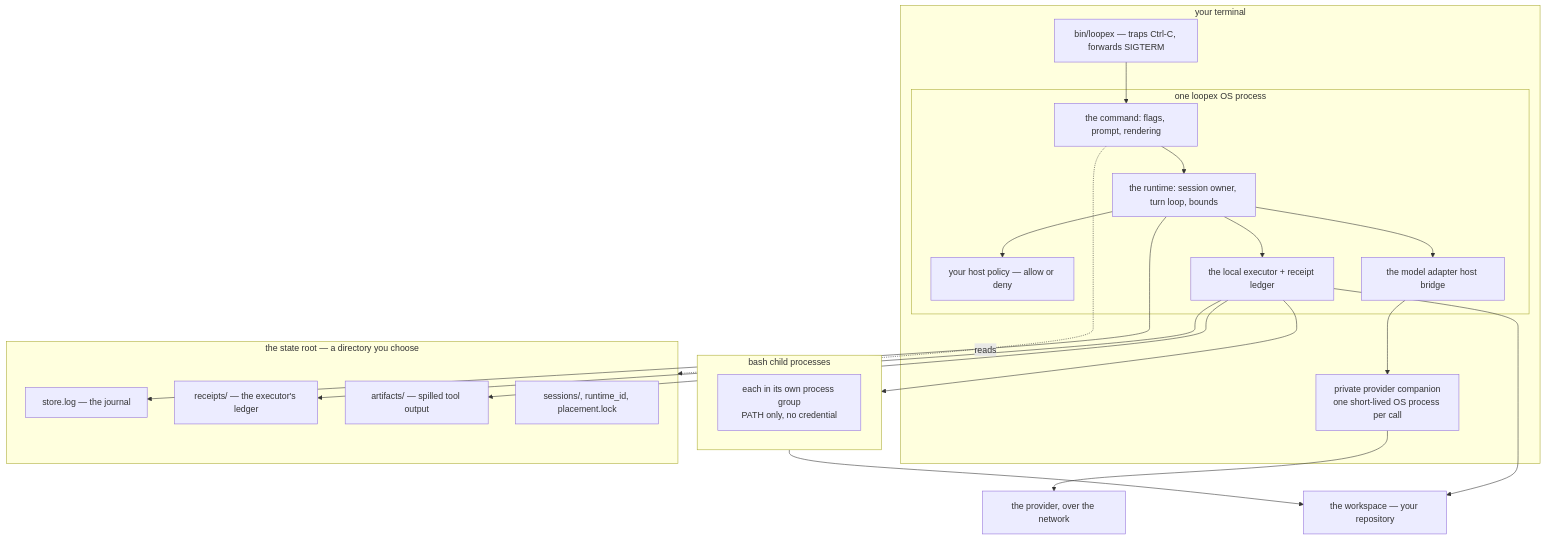
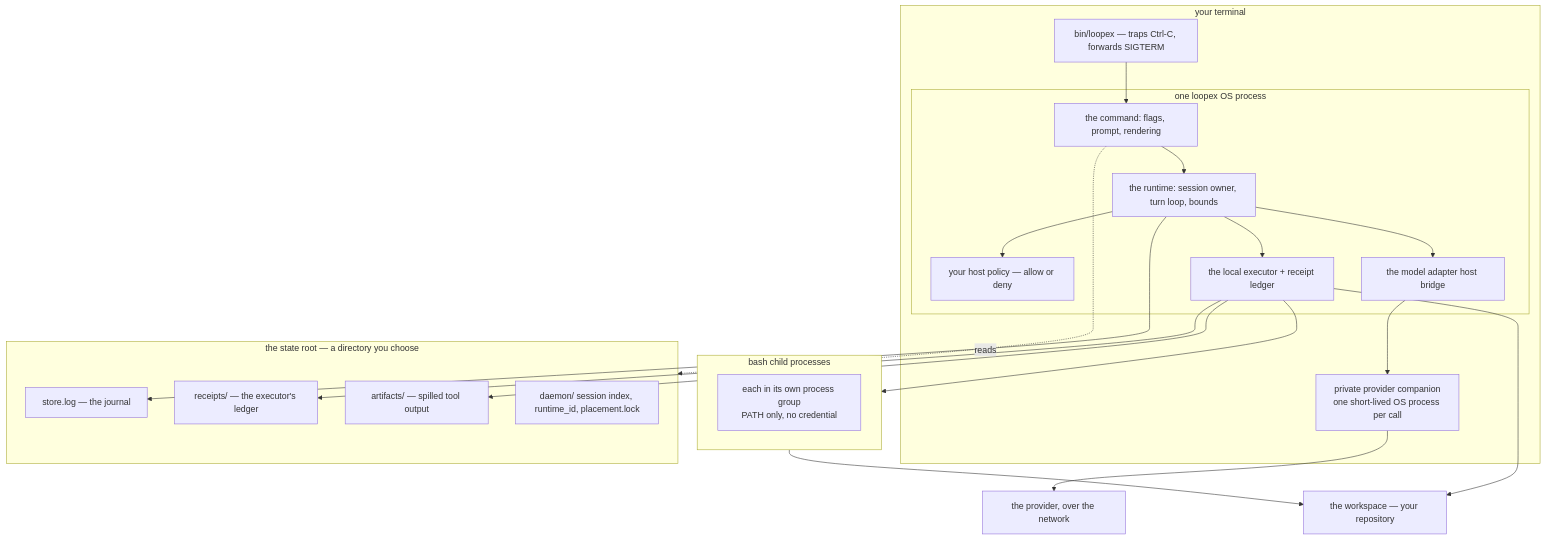
The second of 2 diagrams in docs/operator/how-a-run-works.md (lexlapax/loopex), drawn with Mermaid before and after one commit. The commit also changed 8 other files, not shown here.

````diff
--- a/docs/operator/how-a-run-works.md
+++ b/docs/operator/how-a-run-works.md
@@ -192,43 +192,43 @@
 ```mermaid
 flowchart TB
     subgraph TERM["your terminal"]
       LAUNCH["bin/loopex — traps Ctrl-C, forwards SIGTERM"]
       subgraph PROC["one loopex OS process"]
         CMD["the command: flags, prompt, rendering"]
         RT["the runtime: session owner, turn loop, bounds"]
         POL["your host policy — allow or deny"]
         EXEC["the local executor + receipt ledger"]
         LLM["the model adapter host bridge"]
       end
       COMP["private provider companion<br/>one short-lived OS process per call"]
     end
 
     subgraph ROOT["the state root — a directory you choose"]
       LOG["store.log — the journal"]
       REC["receipts/ — the executor's ledger"]
       ART["artifacts/ — spilled tool output"]
-      SESS["sessions/, runtime_id, placement.lock"]
+      SESS["daemon/ session index, runtime_id, placement.lock"]
     end
 
     WS["the workspace — your repository"]
     NET["the provider, over the network"]
 
     subgraph KIDS["bash child processes"]
       SH["each in its own process group<br/>PATH only, no credential"]
     end
 
     LAUNCH --> CMD
     CMD --> RT
     RT --> POL
     RT --> LLM
     RT --> EXEC
     RT --> LOG
     EXEC --> REC
     EXEC --> ART
     EXEC --> KIDS
     EXEC --> WS
     KIDS --> WS
     LLM --> COMP
     COMP --> NET
     CMD -.reads.-> ROOT
 ```
````
